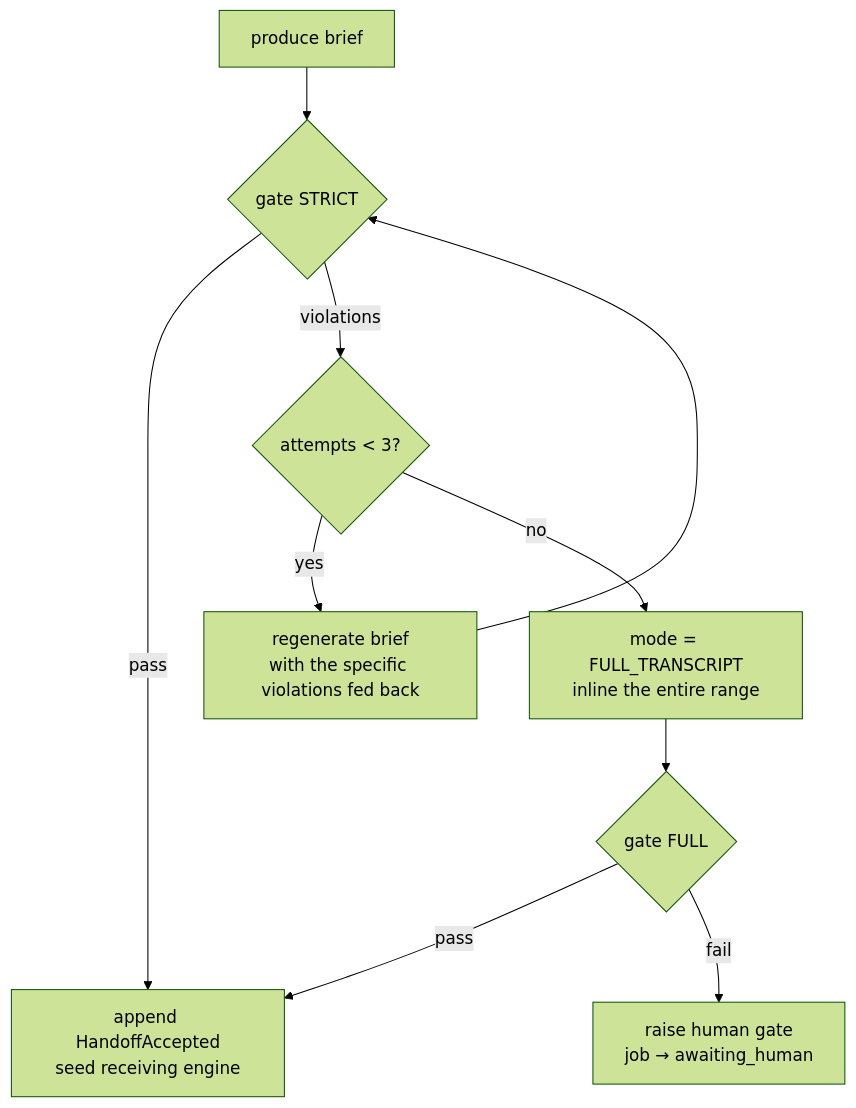
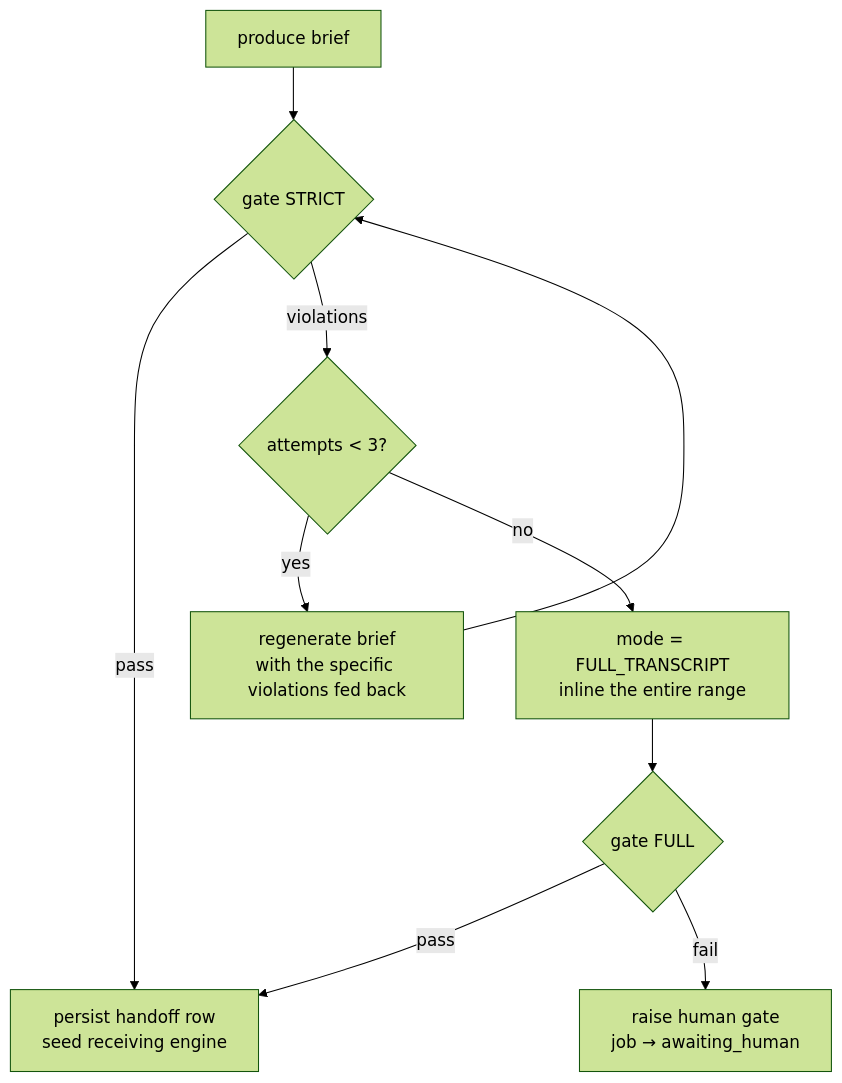
The second of 2 diagrams in docs/plans/handoff-protocol.md (adammatthewsteinberger/vibey), drawn with Mermaid (forest theme) before and after one commit. The commit also changed other lines of this file and 8 other files, not shown here.

````diff
--- a/docs/plans/handoff-protocol.md
+++ b/docs/plans/handoff-protocol.md
@@ -339,12 +476,12 @@
 ```mermaid
 flowchart TD
     A["produce brief"] --> B{"gate STRICT"}
-    B -->|pass| Z["append HandoffAccepted<br/>seed receiving engine"]
+    B -->|pass| Z["persist handoff row<br/>seed receiving engine"]
     B -->|violations| C{"attempts < 3?"}
     C -->|yes| D["regenerate brief<br/>with the specific violations fed back"]
     D --> B
     C -->|no| E["mode = FULL_TRANSCRIPT<br/>inline the entire range"]
     E --> F{"gate FULL"}
     F -->|pass| Z
     F -->|fail| G["raise human gate<br/>job → awaiting_human"]
 ```
````
